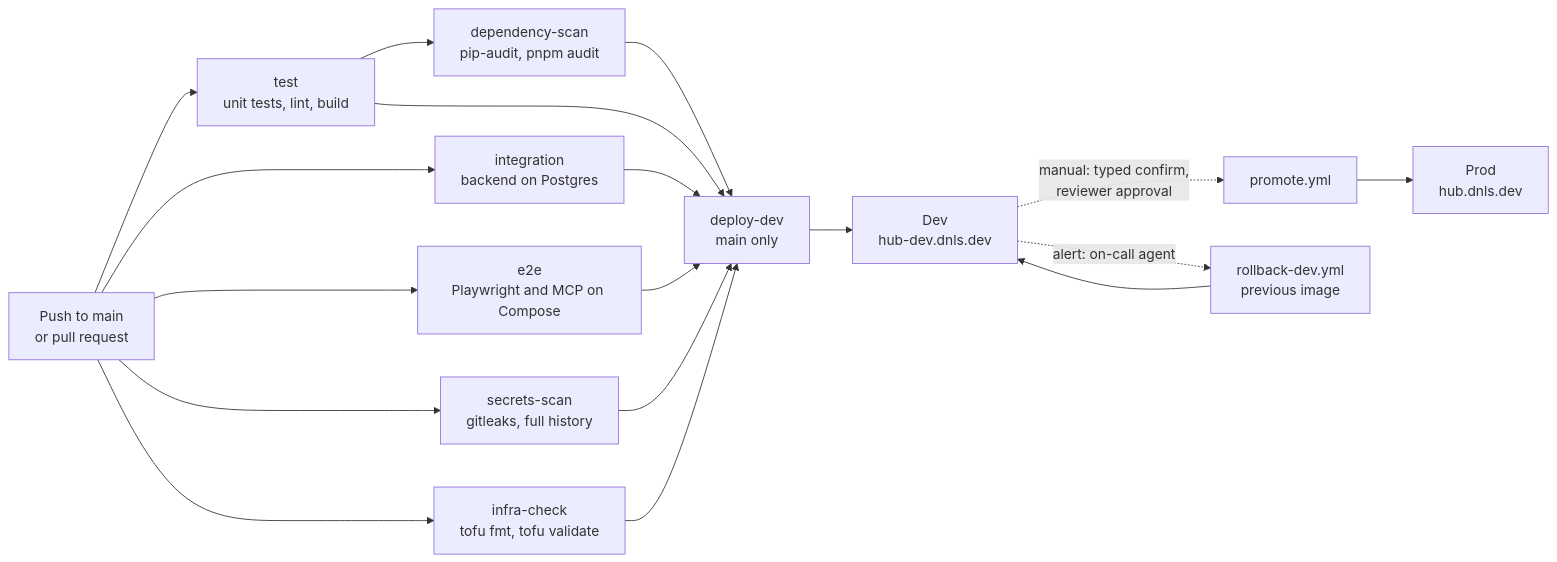
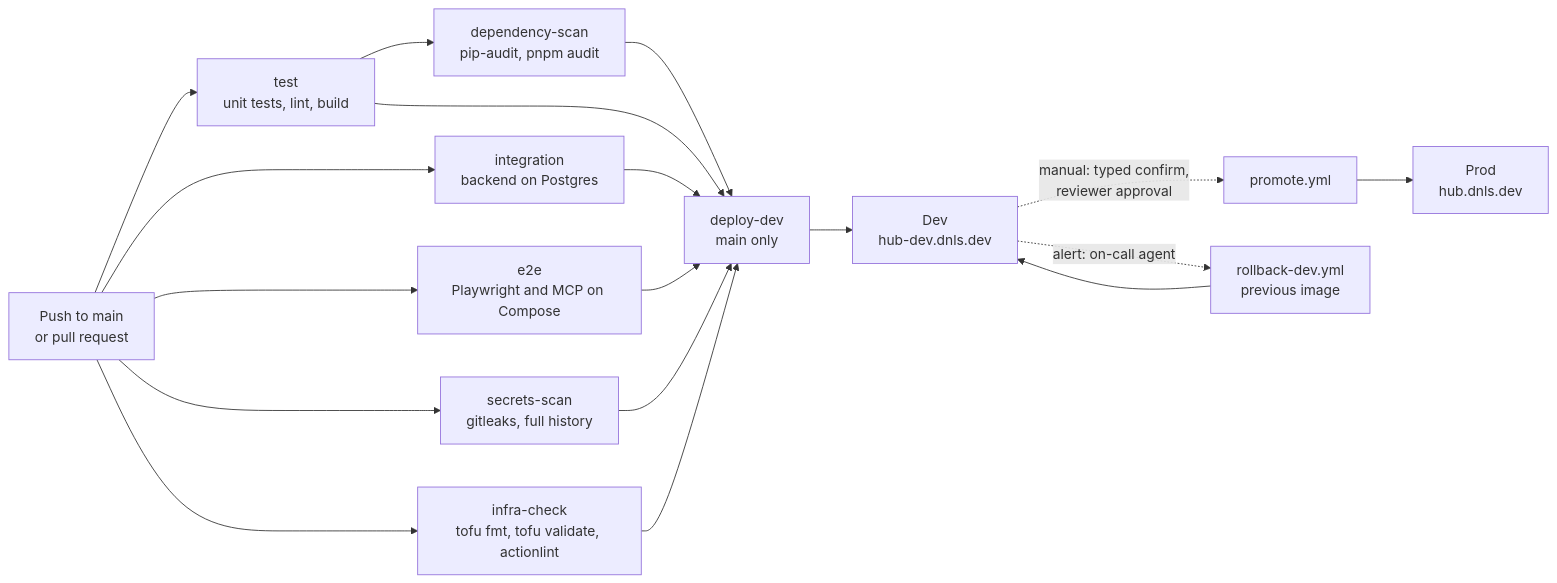
The third of 4 diagrams in README.md (rdanielsstat/hub-platform), drawn with Mermaid before and after one commit. The commit also changed other lines of this file and 13 other files, not shown here.

````diff
--- a/README.md
+++ b/README.md
@@ -477,15 +477,15 @@
 ```mermaid
 flowchart LR
     push["Push to main<br/>or pull request"] --> test["test<br/>unit tests, lint, build"]
     push --> integ["integration<br/>backend on Postgres"]
     push --> e2e["e2e<br/>Playwright and MCP on Compose"]
     push --> secrets["secrets-scan<br/>gitleaks, full history"]
-    push --> infra["infra-check<br/>tofu fmt, tofu validate"]
+    push --> infra["infra-check<br/>tofu fmt, tofu validate, actionlint"]
     test --> deps["dependency-scan<br/>pip-audit, pnpm audit"]
     test & integ & e2e & secrets & deps & infra --> deploy["deploy-dev<br/>main only"]
     deploy --> dev["Dev<br/>hub-dev.dnls.dev"]
     dev -.->|"manual: typed confirm,<br/>reviewer approval"| promote["promote.yml"]
     promote --> prod["Prod<br/>hub.dnls.dev"]
     dev -.->|"alert: on-call agent"| rollback["rollback-dev.yml<br/>previous image"]
     rollback --> dev
 ```
````
